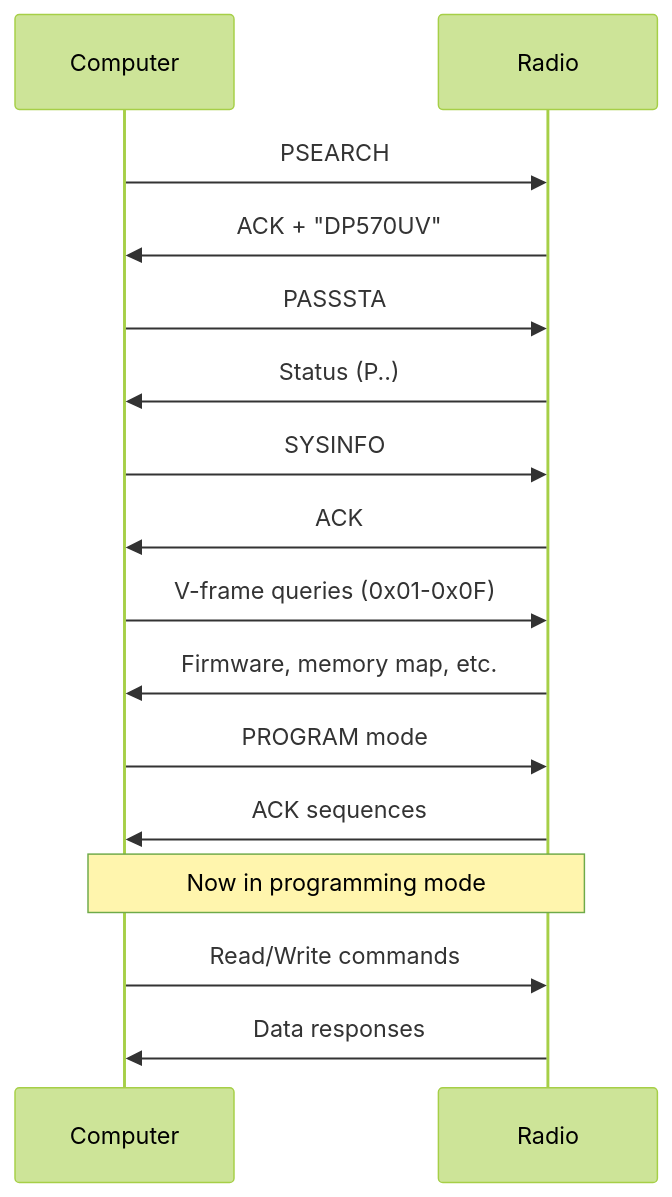
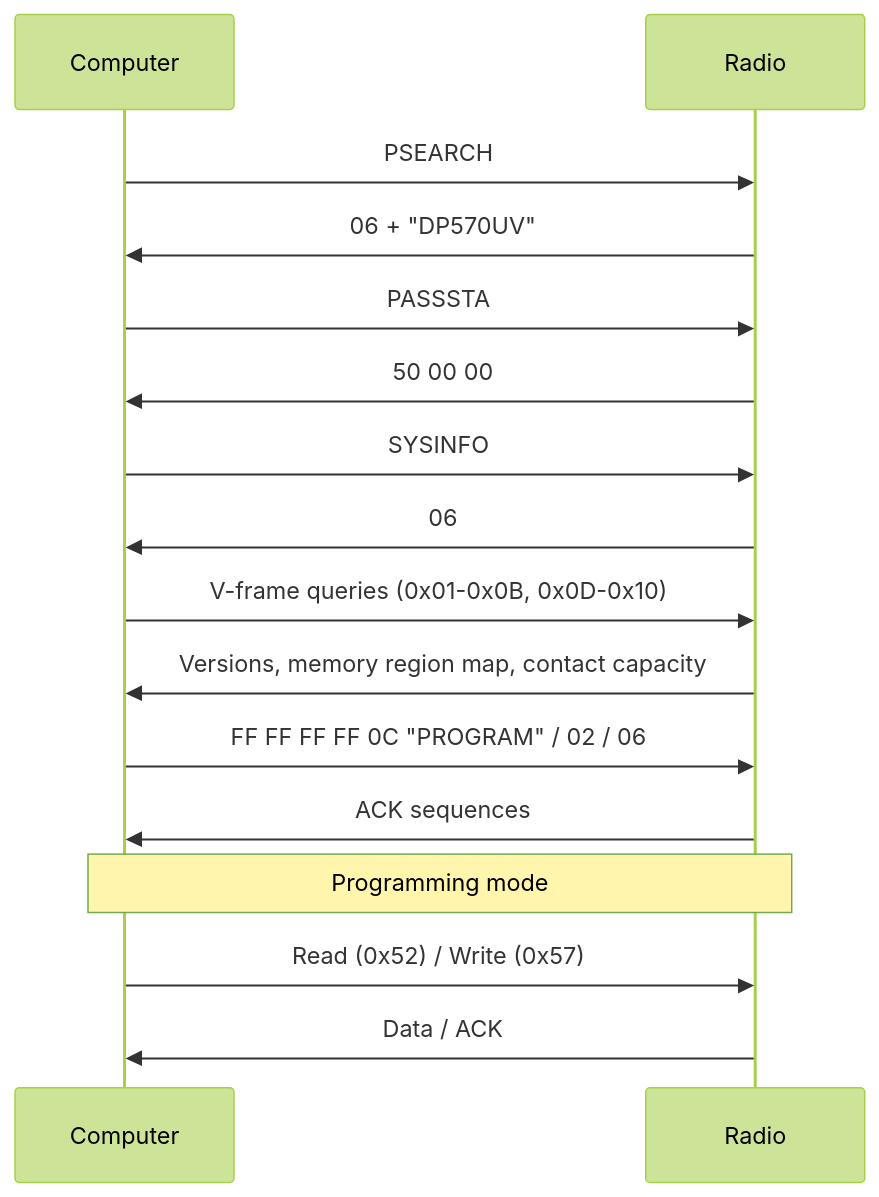
Before and after one commit to infamy/DM32-Protocol-Spec: the diagram in 01-OVERVIEW.md, drawn with Mermaid (forest theme). The commit also changed other lines of this file and 10 other files, not shown here.

````diff
--- a/01-OVERVIEW.md
+++ b/01-OVERVIEW.md
@@ -37,25 +67,25 @@
 ```mermaid
 sequenceDiagram
     participant C as Computer
     participant R as Radio
-    
+
     C->>R: PSEARCH
-    R->>C: ACK + "DP570UV"
-    
+    R->>C: 06 + "DP570UV"
+
     C->>R: PASSSTA
-    R->>C: Status (P..)
-    
+    R->>C: 50 00 00
+
     C->>R: SYSINFO
-    R->>C: ACK
-    
-    C->>R: V-frame queries (0x01-0x0F)
-    R->>C: Firmware, memory map, etc.
-    
-    C->>R: PROGRAM mode
+    R->>C: 06
+
+    C->>R: V-frame queries (0x01-0x0B, 0x0D-0x10)
+    R->>C: Versions, memory region map, contact capacity
+
+    C->>R: FF FF FF FF 0C "PROGRAM" / 02 / 06
     R->>C: ACK sequences
-    
-    Note over C,R: Now in programming mode
-    
-    C->>R: Read/Write commands
-    R->>C: Data responses
+
+    Note over C,R: Programming mode
+
+    C->>R: Read (0x52) / Write (0x57)
+    R->>C: Data / ACK
 ```
````
